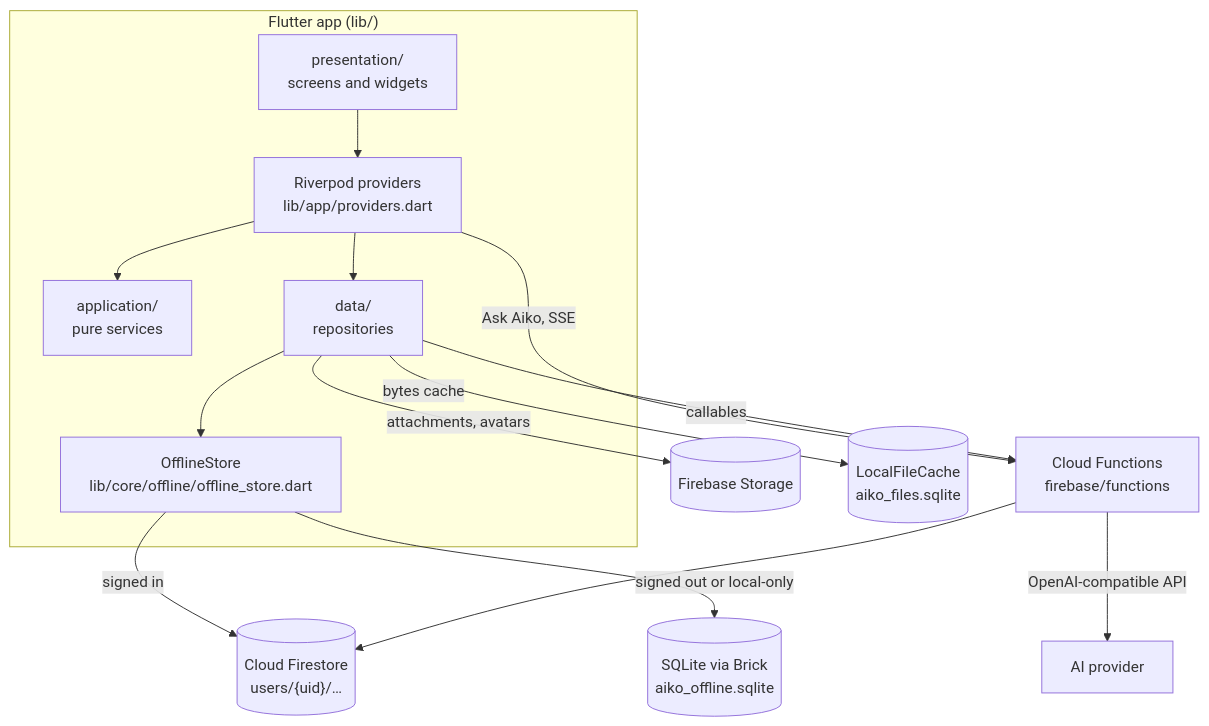
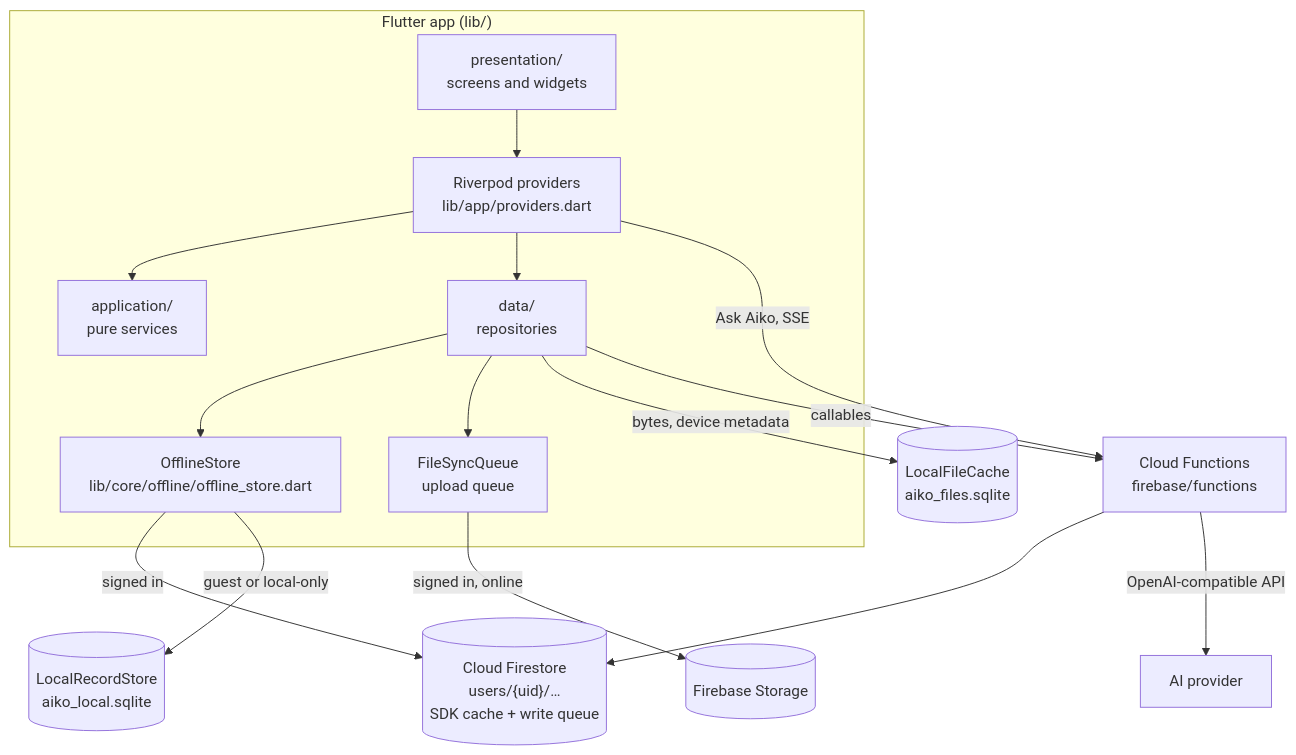
One commit to PePoDev/aiko changed the first of 2 diagrams in docs/architecture.md. Above: the diagram before and after it, drawn with Mermaid. The commit also changed other lines of this file and 15 other files, not shown here.

First line of the commit message:
Docs: describe the Brick-free local store, offline mode and sync

````diff
--- a/docs/architecture.md
+++ b/docs/architecture.md
@@ -7,17 +7,18 @@
 ```mermaid
 flowchart TB
   subgraph App["Flutter app (lib/)"]
     UI["presentation/<br/>screens and widgets"] --> P["Riverpod providers<br/>lib/app/providers.dart"]
     P --> S["application/<br/>pure services"]
     P --> R["data/<br/>repositories"]
     R --> OS["OfflineStore<br/>lib/core/offline/offline_store.dart"]
+    R --> Q["FileSyncQueue<br/>upload queue"]
   end
-  OS -->|signed in| FS[("Cloud Firestore<br/>users/{uid}/…")]
-  OS -->|signed out or local-only| SQL[("SQLite via Brick<br/>aiko_offline.sqlite")]
-  R -->|attachments, avatars| ST[("Firebase Storage")]
-  R -->|bytes cache| FC[("LocalFileCache<br/>aiko_files.sqlite")]
+  OS -->|signed in| FS[("Cloud Firestore<br/>users/{uid}/…<br/>SDK cache + write queue")]
+  OS -->|guest or local-only| SQL[("LocalRecordStore<br/>aiko_local.sqlite")]
+  R -->|bytes, device metadata| FC[("LocalFileCache<br/>aiko_files.sqlite")]
+  Q -->|signed in, online| ST[("Firebase Storage")]
   P -->|Ask Aiko, SSE| FN["Cloud Functions<br/>firebase/functions"]
   R -->|callables| FN
   FN --> FS
   FN -->|OpenAI-compatible API| AI["AI provider"]
 ```
````
